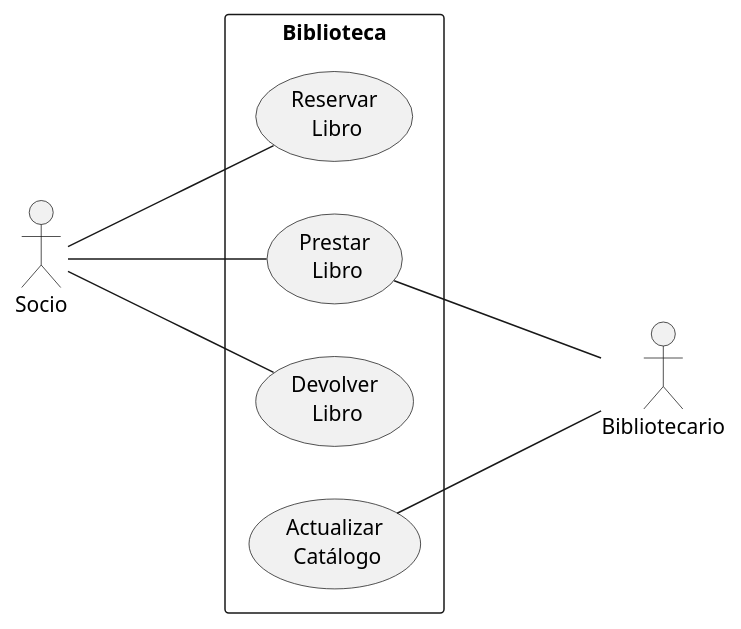
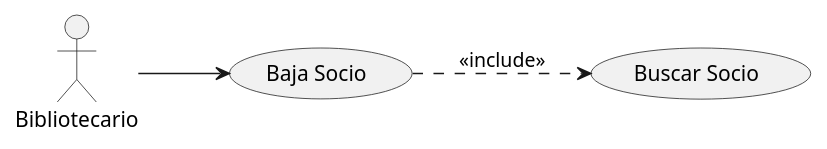
The diagram in src/Diagrmas_TGA.puml (tatianagarijo/UMLCasosUsoTatianaGarijo), drawn with PlantUML before and after one commit. The commit also changed 3 other files, not shown here.

```diff
--- a/src/Diagrmas_TGA.puml
+++ b/src/Diagrmas_TGA.puml
@@ -1,17 +1,11 @@
 @startuml
     left to right direction
-    :Socio: as soc
-    rectangle Biblioteca{
-        usecase "Reservar\n Libro" as uc1
-        usecase "Prestar\n Libro" as uc2
-        usecase "Devolver\n Libro" as uc3
-        usecase "Actualizar\n Catálogo" as uc4
-    }
+
+    usecase "Baja Socio" as uc1
+    usecase "Buscar Socio" as uc2
+
     :Bibliotecario: as bibli
-    soc --- uc1
-    soc --- uc2
-    soc --- uc3
-    uc2 --- bibli
-    uc4 --- bibli
 
+    bibli --> uc1
+    uc1 ..> uc2 : <<include>>
 @enduml
```
